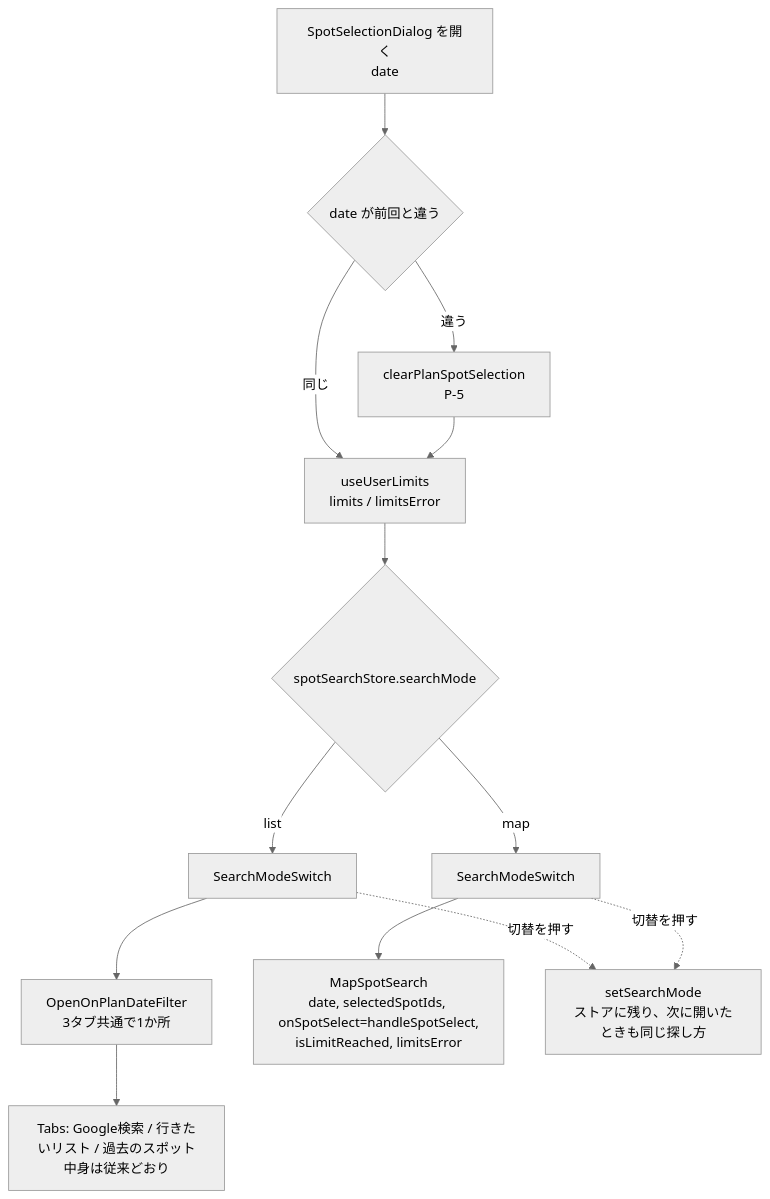
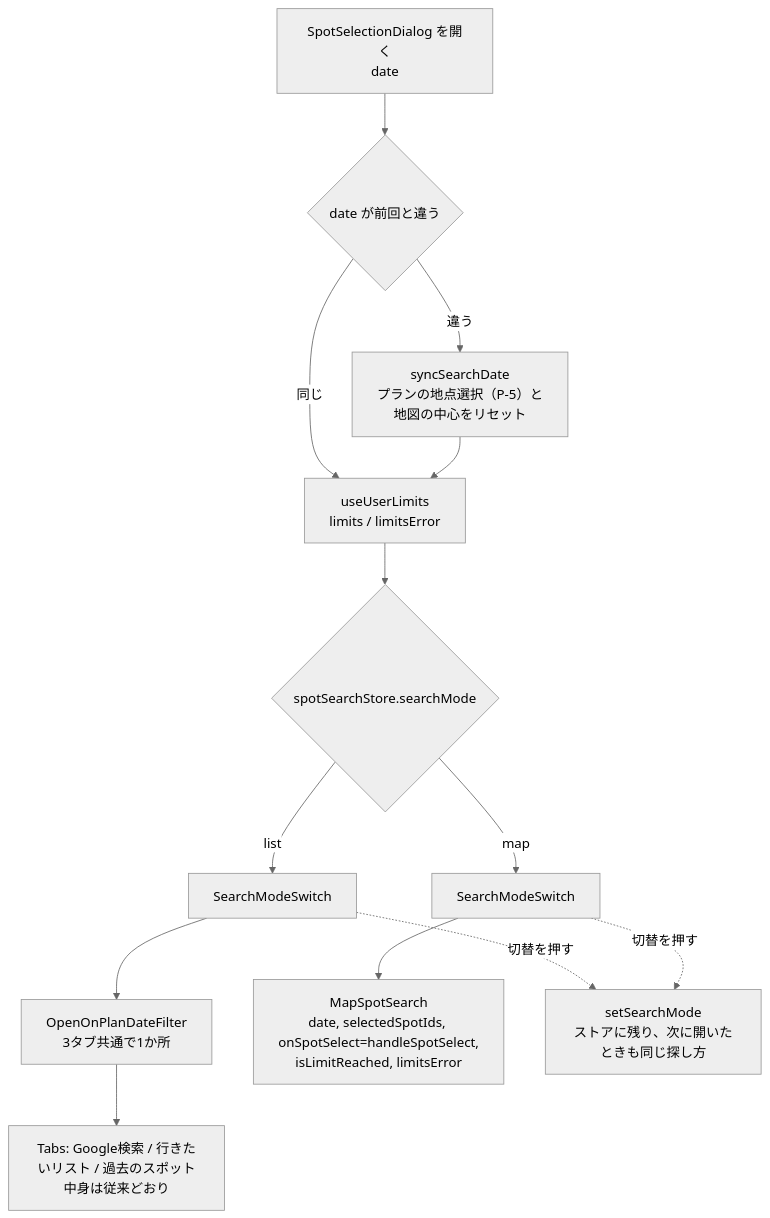
Before and after one commit to ju-ki/moptabi: the first of 7 diagrams in docs/tasks/No.341/No.341_処理フロー.md, drawn with Mermaid (neutral theme). The commit also changed 13 other files, not shown here.

First line of the commit message:
feature341 地図で探すの土台と中心の選択

````diff
--- a/docs/tasks/No.341/No.341_処理フロー.md
+++ b/docs/tasks/No.341/No.341_処理フロー.md
@@ -7,15 +7,15 @@
 ```mermaid
 flowchart TD
   A["SpotSelectionDialog を開く<br/>date"] --> B{"date が前回と違う"}
-  B -->|"違う"| C["clearPlanSpotSelection<br/>P-5"]
+  B -->|"違う"| C["syncSearchDate<br/>プランの地点選択（P-5）と地図の中心をリセット"]
   B -->|"同じ"| D["useUserLimits<br/>limits / limitsError"]
   C --> D
   D --> E{"spotSearchStore.searchMode"}
   E -->|"list"| F["SearchModeSwitch"]
   F --> G["OpenOnPlanDateFilter<br/>3タブ共通で1か所"]
   G --> H["Tabs: Google検索 / 行きたいリスト / 過去のスポット<br/>中身は従来どおり"]
   E -->|"map"| I["SearchModeSwitch"]
   I --> J["MapSpotSearch<br/>date, selectedSpotIds, onSpotSelect=handleSpotSelect,<br/>isLimitReached, limitsError"]
   F -. "切替を押す" .-> K["setSearchMode<br/>ストアに残り、次に開いたときも同じ探し方"]
   I -. "切替を押す" .-> K
 ```
````
